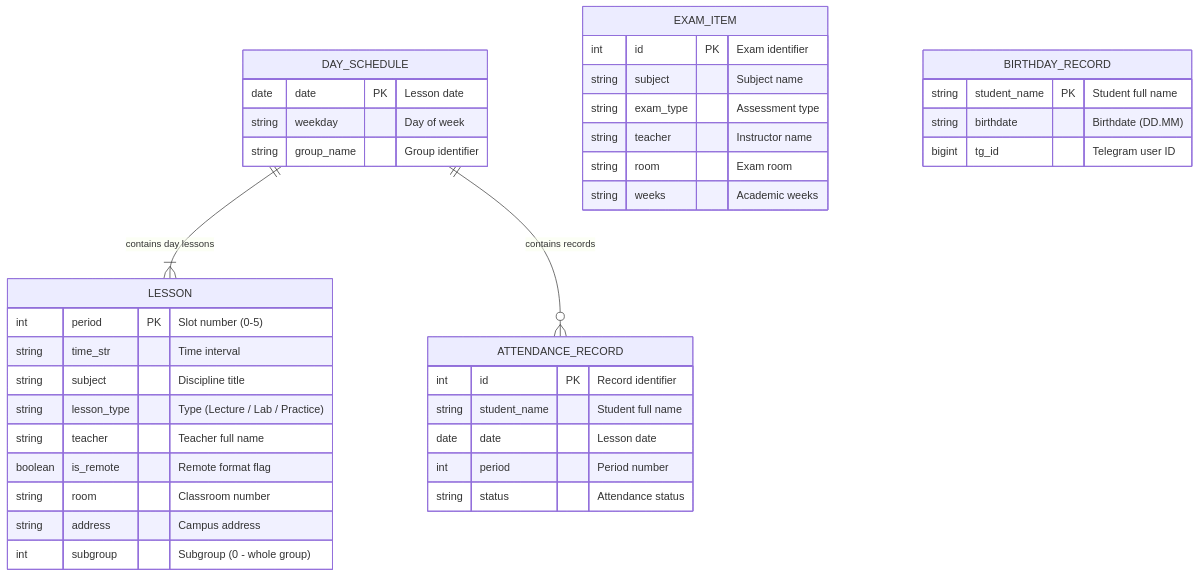
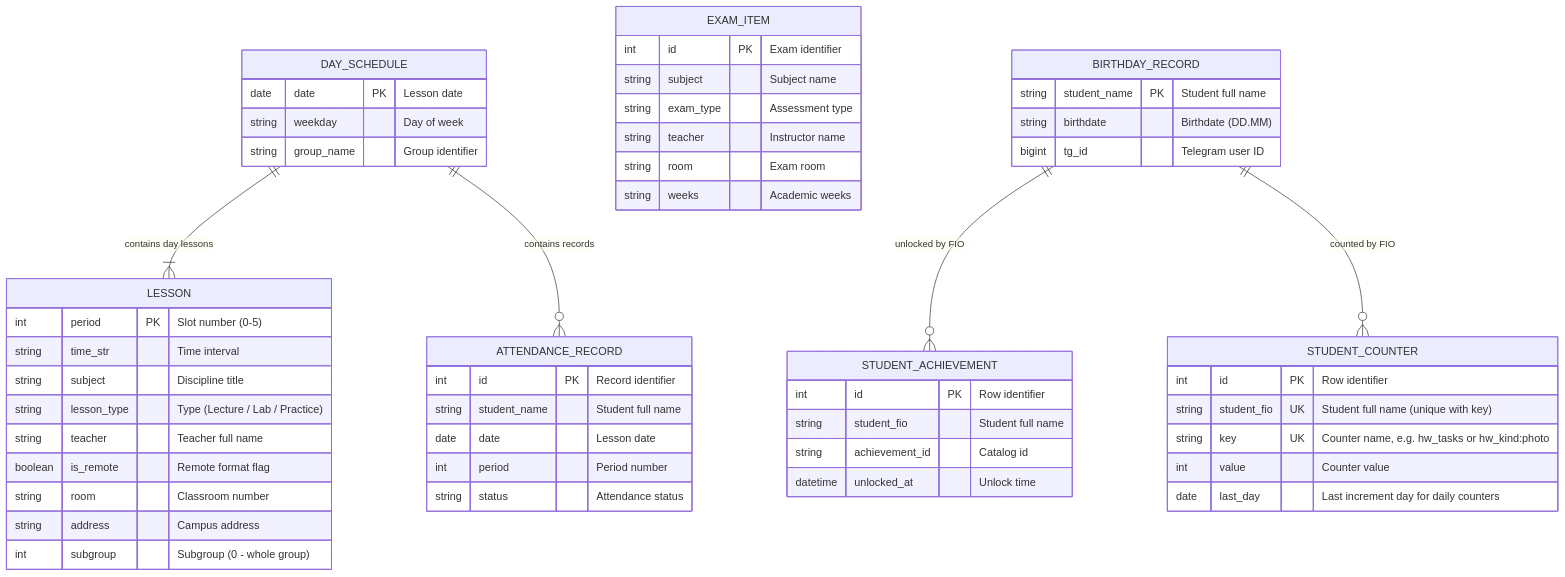
The eighth of 55 diagrams in docs/UML.md (Utkautka1/para), drawn with Mermaid before and after one commit. The commit also changed other lines of this file and 60 other files, not shown here.

````diff
--- a/docs/UML.md
+++ b/docs/UML.md
@@ -809,46 +810,64 @@
 ```mermaid
 erDiagram
     DAY_SCHEDULE ||--|{ LESSON : "contains day lessons"
     DAY_SCHEDULE ||--o{ ATTENDANCE_RECORD : "contains records"
 
     DAY_SCHEDULE {
         date date PK "Lesson date"
         string weekday "Day of week"
         string group_name "Group identifier"
     }
 
     LESSON {
         int period PK "Slot number (0-5)"
         string time_str "Time interval"
         string subject "Discipline title"
         string lesson_type "Type (Lecture / Lab / Practice)"
         string teacher "Teacher full name"
         boolean is_remote "Remote format flag"
         string room "Classroom number"
         string address "Campus address"
         int subgroup "Subgroup (0 - whole group)"
     }
 
     ATTENDANCE_RECORD {
         int id PK "Record identifier"
         string student_name "Student full name"
         date date "Lesson date"
         int period "Period number"
         string status "Attendance status"
     }
 
     EXAM_ITEM {
         int id PK "Exam identifier"
         string subject "Subject name"
         string exam_type "Assessment type"
         string teacher "Instructor name"
         string room "Exam room"
         string weeks "Academic weeks"
     }
 
     BIRTHDAY_RECORD {
         string student_name PK "Student full name"
         string birthdate "Birthdate (DD.MM)"
         bigint tg_id "Telegram user ID"
     }
+
+    BIRTHDAY_RECORD ||--o{ STUDENT_ACHIEVEMENT : "unlocked by FIO"
+    BIRTHDAY_RECORD ||--o{ STUDENT_COUNTER : "counted by FIO"
+
+    STUDENT_ACHIEVEMENT {
+        int id PK "Row identifier"
+        string student_fio "Student full name"
+        string achievement_id "Catalog id"
+        datetime unlocked_at "Unlock time"
+    }
+
+    STUDENT_COUNTER {
+        int id PK "Row identifier"
+        string student_fio UK "Student full name (unique with key)"
+        string key UK "Counter name, e.g. hw_tasks or hw_kind:photo"
+        int value "Counter value"
+        date last_day "Last increment day for daily counters"
+    }
 ```
````
